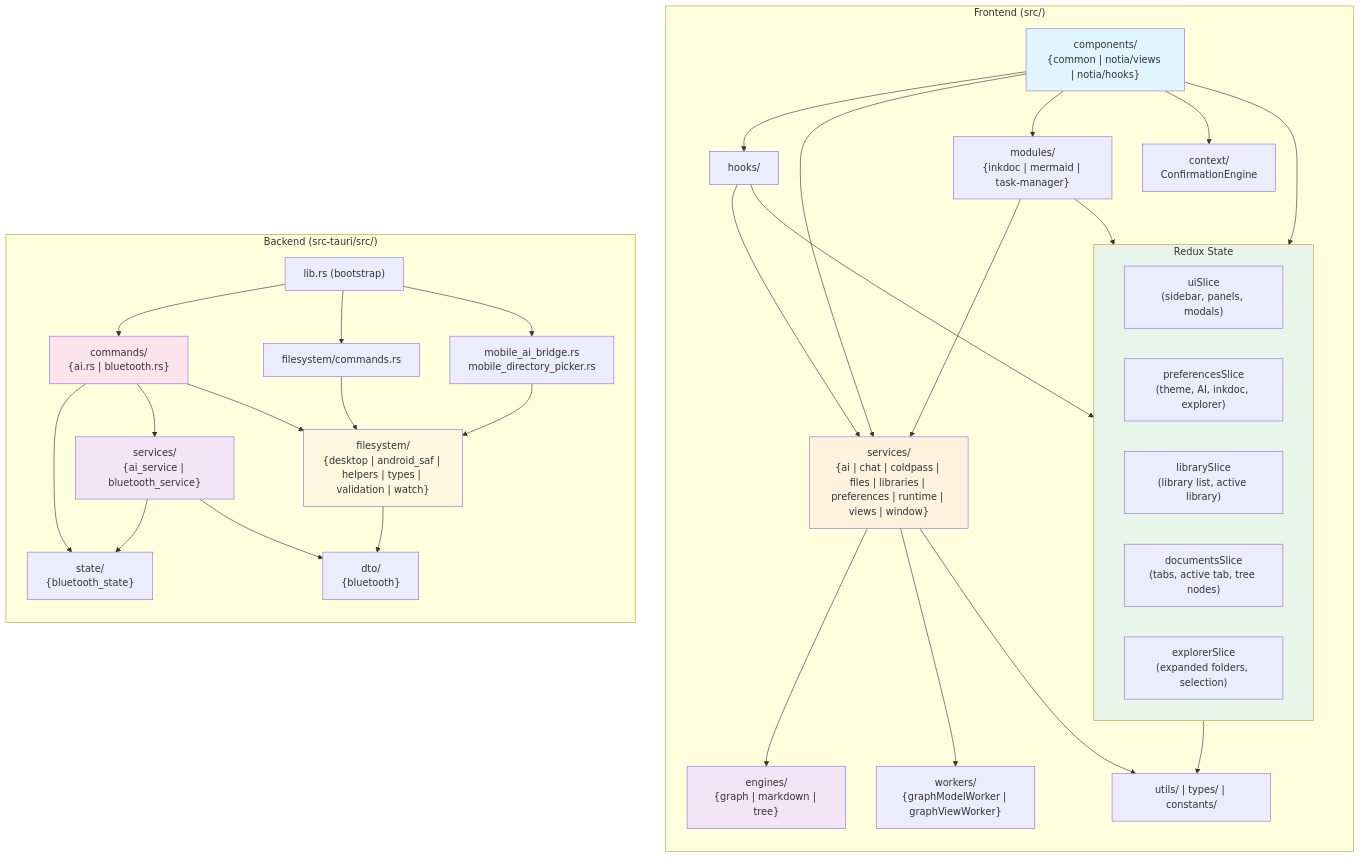
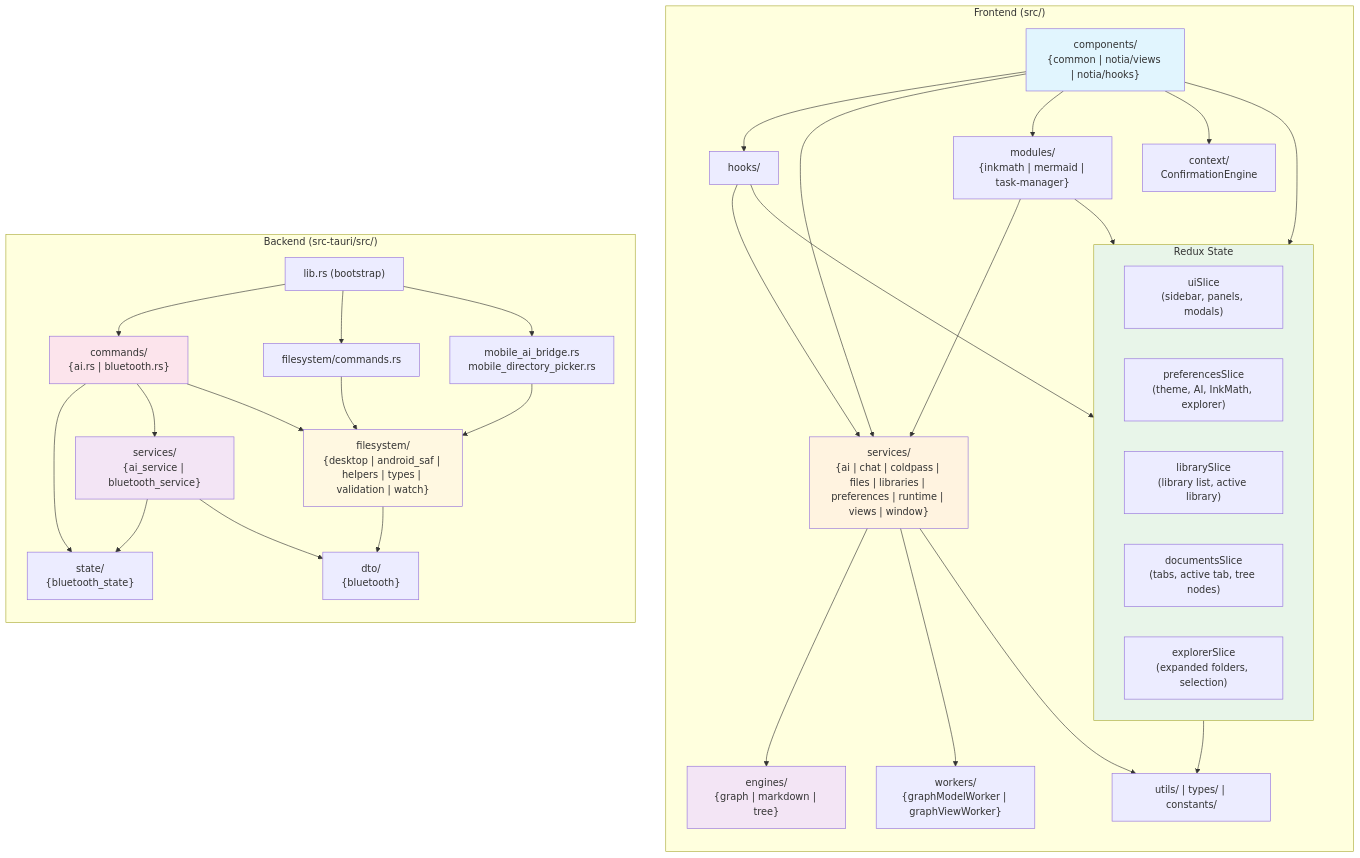
One commit to GabrielMiuzzi/notia changed diagram 42 of 52 in README-TECH.md. Above: the diagram before and after it, drawn with Mermaid. The commit also changed other lines of this file and 130 other files, not shown here.

````diff
--- a/README-TECH.md
+++ b/README-TECH.md
@@ -2715,68 +2591,68 @@
 ```mermaid
 graph TB
     subgraph FrontendPackage["Frontend (src/)"]
         direction TB
         Components["components/<br/>{common | notia/views | notia/hooks}"]
         HooksGlobal["hooks/"]
         Services["services/<br/>{ai | chat | coldpass | files | libraries | preferences | runtime | views | window}"]
         Engines["engines/<br/>{graph | markdown | tree}"]
         Workers["workers/<br/>{graphModelWorker | graphViewWorker}"]
-        Modules["modules/<br/>{inkdoc | mermaid | task-manager}"]
+        Modules["modules/<br/>{inkmath | mermaid | task-manager}"]
         Context["context/<br/>ConfirmationEngine"]
         Utils["utils/ | types/ | constants/"]
 
         subgraph ReduxPackage["Redux State"]
             UISlice["uiSlice<br/>(sidebar, panels, modals)"]
-            PrefSlice["preferencesSlice<br/>(theme, AI, inkdoc, explorer)"]
+            PrefSlice["preferencesSlice<br/>(theme, AI, InkMath, explorer)"]
             LibSlice["librarySlice<br/>(library list, active library)"]
             DocSlice["documentsSlice<br/>(tabs, active tab, tree nodes)"]
             ExpSlice["explorerSlice<br/>(expanded folders, selection)"]
         end
     end
 
     subgraph BackendPackage["Backend (src-tauri/src/)"]
         direction TB
         RustCmds["commands/<br/>{ai.rs | bluetooth.rs}"]
         FSCmds["filesystem/commands.rs"]
         RustSvc["services/<br/>{ai_service | bluetooth_service}"]
         RustFS["filesystem/<br/>{desktop | android_saf | helpers | types | validation | watch}"]
         RustDTOs["dto/<br/>{bluetooth}"]
         RustState["state/<br/>{bluetooth_state}"]
         MobileBridges["mobile_ai_bridge.rs<br/>mobile_directory_picker.rs"]
         LibRS["lib.rs (bootstrap)"]
     end
 
     Components --> HooksGlobal
     Components --> Services
     Components --> ReduxPackage
     Components --> Modules
     Components --> Context
     HooksGlobal --> Services
     HooksGlobal --> ReduxPackage
     Services --> Engines
     Services --> Workers
     Services --> Utils
     Modules --> Services
     Modules --> ReduxPackage
     ReduxPackage --> Utils
 
     LibRS --> RustCmds
     LibRS --> FSCmds
     LibRS --> MobileBridges
     RustCmds --> RustSvc
     RustCmds --> RustFS
     RustCmds --> RustState
     FSCmds --> RustFS
     RustSvc --> RustDTOs
     RustSvc --> RustState
     MobileBridges --> RustFS
     RustFS --> RustDTOs
 
     style Components fill:#e1f5fe
     style Services fill:#fff3e0
     style Engines fill:#f3e5f5
     style ReduxPackage fill:#e8f5e9
     style RustCmds fill:#fce4ec
     style RustFS fill:#fff8e1
     style RustSvc fill:#f3e5f5
 ```
````
